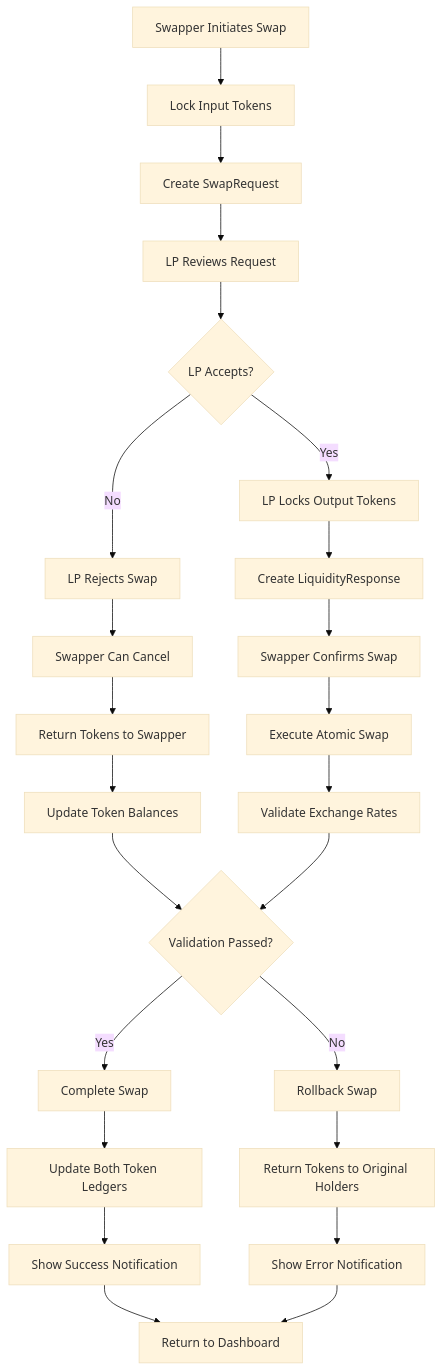
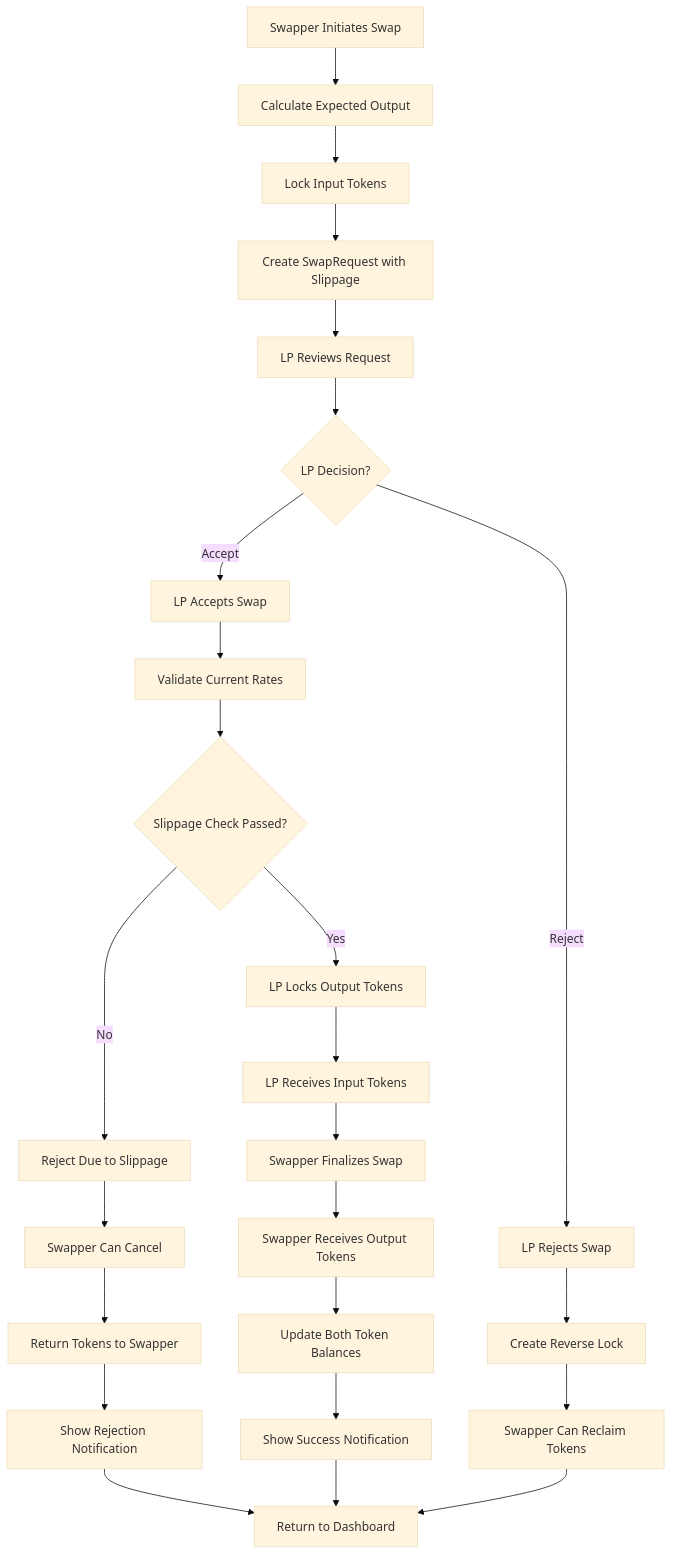
Before and after one commit to anhlh2311/daml-exchange: diagram 14 of 24 in USER_FLOW_CHART.md, drawn with Mermaid (base theme). The commit also changed other lines of this file and 3 other files, not shown here.

Commit message:
doc: update Workflow, User stories, User flow chart based on the updated design of Swap

````diff
--- a/USER_FLOW_CHART.md
+++ b/USER_FLOW_CHART.md
@@ -307,26 +321,27 @@
 ```mermaid
 flowchart TD
-    A[Swapper Initiates Swap] --> B[Lock Input Tokens]
-    B --> C[Create SwapRequest]
-    C --> D[LP Reviews Request]
-    D --> E{LP Accepts?}
-    E -->|Yes| F[LP Locks Output Tokens]
-    E -->|No| G[LP Rejects Swap]
-    F --> H[Create LiquidityResponse]
-    G --> I[Swapper Can Cancel]
-    H --> J[Swapper Confirms Swap]
-    I --> K[Return Tokens to Swapper]
-    J --> L[Execute Atomic Swap]
-    K --> M[Update Token Balances]
-    L --> N[Validate Exchange Rates]
-    M --> O[Show Success Notification]
-    N --> O{Validation Passed?}
-    O -->|Yes| P[Complete Swap]
-    O -->|No| Q[Rollback Swap]
-    P --> R[Update Both Token Ledgers]
-    Q --> S[Return Tokens to Original Holders]
-    R --> T[Show Success Notification]
-    S --> U[Show Error Notification]
-    T --> V[Return to Dashboard]
+    A[Swapper Initiates Swap] --> B[Calculate Expected Output]
+    B --> C[Lock Input Tokens]
+    C --> D[Create SwapRequest with Slippage]
+    D --> E[LP Reviews Request]
+    E --> F{LP Decision?}
+    F -->|Accept| G[LP Accepts Swap]
+    F -->|Reject| H[LP Rejects Swap]
+    G --> I[Validate Current Rates]
+    H --> J[Create Reverse Lock]
+    I --> K{Slippage Check Passed?}
+    K -->|Yes| L[LP Locks Output Tokens]
+    K -->|No| M[Reject Due to Slippage]
+    L --> N[LP Receives Input Tokens]
+    M --> O[Swapper Can Cancel]
+    N --> P[Swapper Finalizes Swap]
+    O --> Q[Return Tokens to Swapper]
+    P --> R[Swapper Receives Output Tokens]
+    Q --> S[Show Rejection Notification]
+    R --> T[Update Both Token Balances]
+    T --> U[Show Success Notification]
+    S --> V[Return to Dashboard]
     U --> V
+    J --> W[Swapper Can Reclaim Tokens]
+    W --> V
 ```
````
